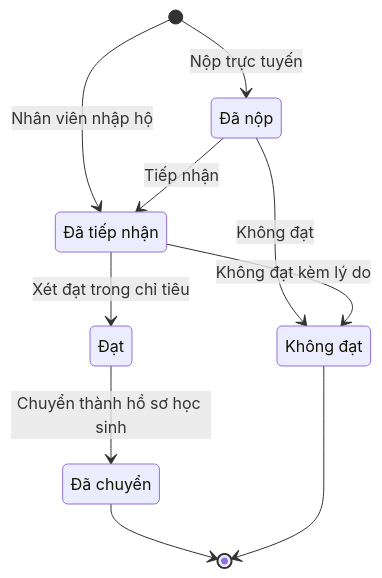
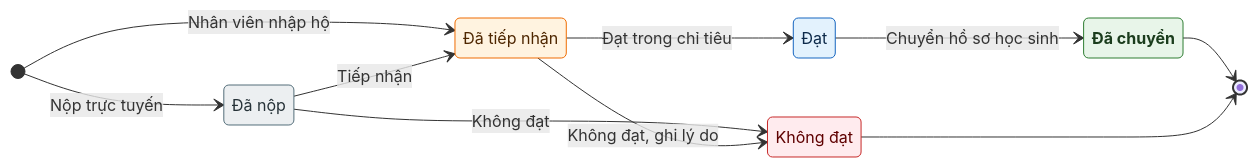
One commit to luckyshopvn/school_management changed diagram 11 of 12 in tai_lieu/34_TONG_HOP_CHUC_NANG_HE_THONG/05_TAI_CHINH_NHAN_SU_HAU_CAN.md. Above: the diagram before and after it, drawn with Mermaid. The commit also changed other lines of this file and 8 other files, not shown here.

First line of the commit message:
Tài liệu 34: vẽ lại toàn bộ sơ đồ cho trực quan, thêm bản PDF gộp

````diff
--- a/tai_lieu/34_TONG_HOP_CHUC_NANG_HE_THONG/05_TAI_CHINH_NHAN_SU_HAU_CAN.md
+++ b/tai_lieu/34_TONG_HOP_CHUC_NANG_HE_THONG/05_TAI_CHINH_NHAN_SU_HAU_CAN.md
@@ -687,17 +1016,31 @@
 ```mermaid
 stateDiagram-v2
+  direction LR
+  classDef nhap fill:#eceff1,stroke:#546e7a,color:#263238
+  classDef cho fill:#fff3e0,stroke:#ef6c00,color:#4e2600
+  classDef dang fill:#e3f2fd,stroke:#1565c0,color:#0d2a4a
+  classDef xong fill:#e8f5e9,stroke:#2e7d32,color:#1b3d1d,font-weight:bold
+  classDef huy fill:#ffebee,stroke:#c62828,color:#5f0000
+
   state "Đã nộp" as submitted
   state "Đã tiếp nhận" as received
   state "Đạt" as passed
   state "Không đạt" as rejected
   state "Đã chuyển" as converted
-  [*] --> submitted: Nộp trực tuyến
-  [*] --> received: Nhân viên nhập hộ
-  submitted --> received: Tiếp nhận
-  submitted --> rejected: Không đạt
-  received --> passed: Xét đạt trong chỉ tiêu
-  received --> rejected: Không đạt kèm lý do
-  passed --> converted: Chuyển thành hồ sơ học sinh
+
+  [*] --> submitted : Nộp trực tuyến
+  [*] --> received : Nhân viên nhập hộ
+  submitted --> received : Tiếp nhận
+  submitted --> rejected : Không đạt
+  received --> passed : Đạt trong chỉ tiêu
+  received --> rejected : Không đạt, ghi lý do
+  passed --> converted : Chuyển hồ sơ học sinh
   converted --> [*]
   rejected --> [*]
+
+  class submitted nhap
+  class received cho
+  class passed dang
+  class rejected huy
+  class converted xong
 ```
````
